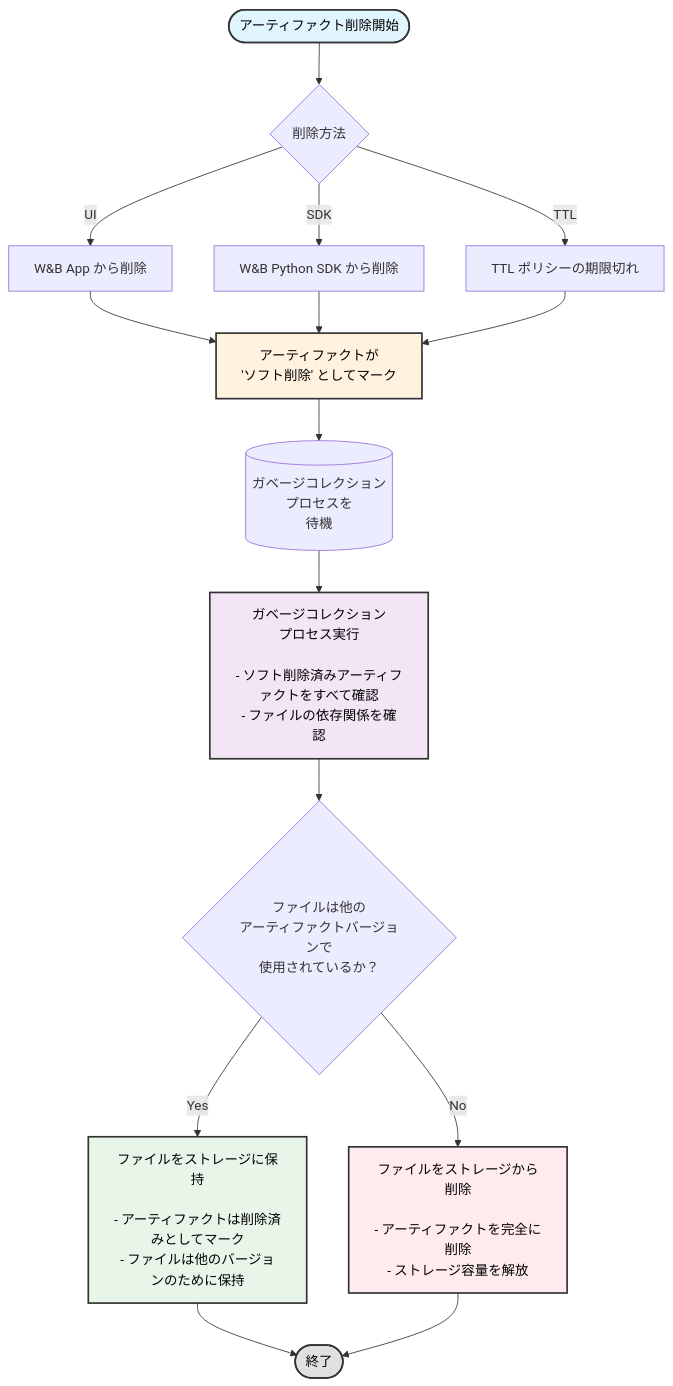
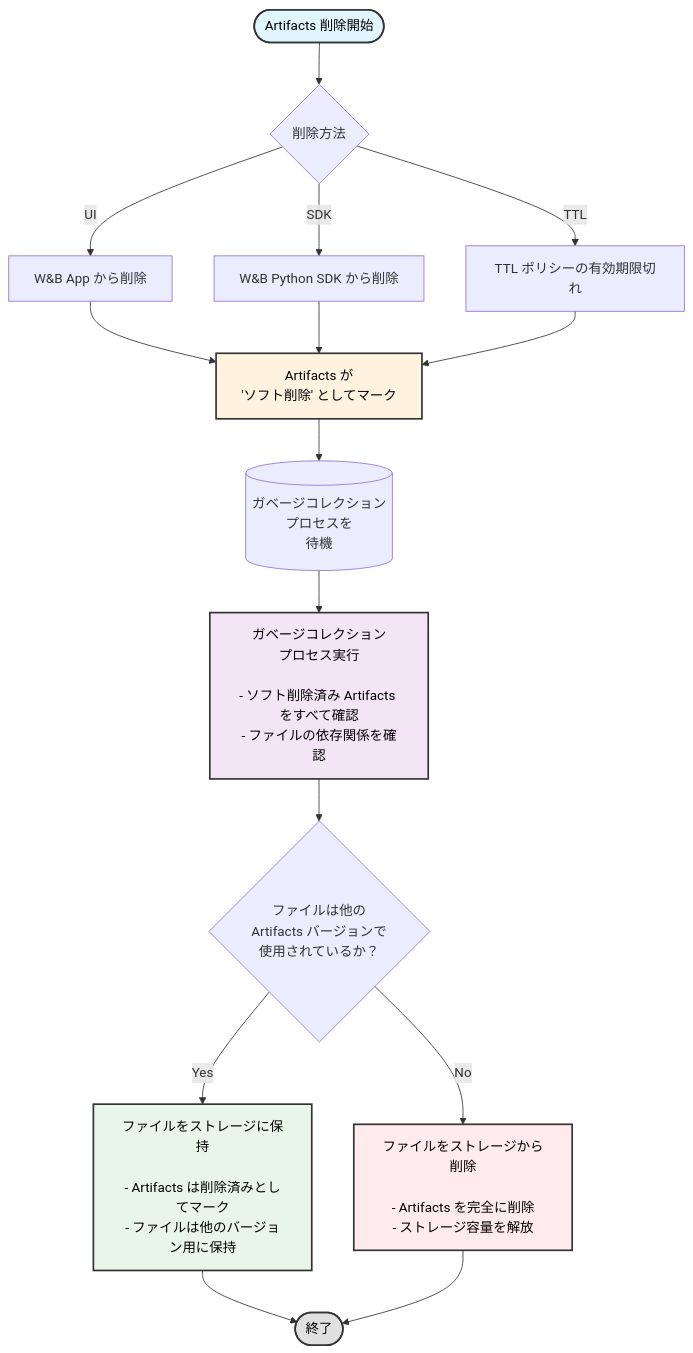
One commit to wandb/docs changed the diagram in ja/models/artifacts/delete-artifacts.mdx. Above: the diagram before and after it, drawn with Mermaid. The commit also changed other lines of this file and 903 other files, not shown here.

````diff
--- a/ja/models/artifacts/delete-artifacts.mdx
+++ b/ja/models/artifacts/delete-artifacts.mdx
@@ -16,31 +16,31 @@
 ```mermaid
 graph TB
-    Start([アーティファクト削除開始]) --> DeleteMethod{削除方法}
+    Start([Artifacts 削除開始]) --> DeleteMethod{削除方法}
     
     DeleteMethod -->|UI| UIDelete[W&B App から削除]
     DeleteMethod -->|SDK| SDKDelete[W&B Python SDK から削除]
-    DeleteMethod -->|TTL| TTLDelete[TTL ポリシーの期限切れ]
+    DeleteMethod -->|TTL| TTLDelete[TTL ポリシーの有効期限切れ]
     
-    UIDelete --> SoftDelete[アーティファクトが<br/>'ソフト削除' としてマーク]
+    UIDelete --> SoftDelete[Artifacts が<br/>'ソフト削除' としてマーク]
     SDKDelete --> SoftDelete
     TTLDelete --> SoftDelete
     
     SoftDelete --> GCWait[(ガベージコレクション<br/>プロセスを<br/>待機)]
     
-    GCWait --> GCRun[ガベージコレクション<br/>プロセス実行<br/><br/>- ソフト削除済みアーティファクトをすべて確認<br/>- ファイルの依存関係を確認]
+    GCWait --> GCRun[ガベージコレクション<br/>プロセス実行<br/><br/>- ソフト削除済み Artifacts をすべて確認<br/>- ファイルの依存関係を確認]
     
-    GCRun --> CheckUsage{ファイルは他の<br/>アーティファクトバージョンで<br/>使用されているか？}
+    GCRun --> CheckUsage{ファイルは他の<br/>Artifacts バージョンで<br/>使用されているか？}
     
-    CheckUsage -->|Yes| KeepFiles[ファイルをストレージに保持<br/><br/>- アーティファクトは削除済みとしてマーク<br/>- ファイルは他のバージョンのために保持]
-    CheckUsage -->|No| DeleteFiles[ファイルをストレージから削除<br/><br/>- アーティファクトを完全に削除<br/>- ストレージ容量を解放]
+    CheckUsage -->|Yes| KeepFiles[ファイルをストレージに保持<br/><br/>- Artifacts は削除済みとしてマーク<br/>- ファイルは他のバージョン用に保持]
+    CheckUsage -->|No| DeleteFiles[ファイルをストレージから削除<br/><br/>- Artifacts を完全に削除<br/>- ストレージ容量を解放]
     
     KeepFiles --> End([終了])
     DeleteFiles --> End
     
     style Start fill:#e1f5fe,stroke:#333,stroke-width:2px,color:#000
     style SoftDelete fill:#fff3e0,stroke:#333,stroke-width:2px,color:#000
     style GCRun fill:#f3e5f5,stroke:#333,stroke-width:2px,color:#000
     style KeepFiles fill:#e8f5e9,stroke:#333,stroke-width:2px,color:#000
     style DeleteFiles fill:#ffebee,stroke:#333,stroke-width:2px,color:#000
     style End fill:#e0e0e0,stroke:#333,stroke-width:2px,color:#000
 ```
````
